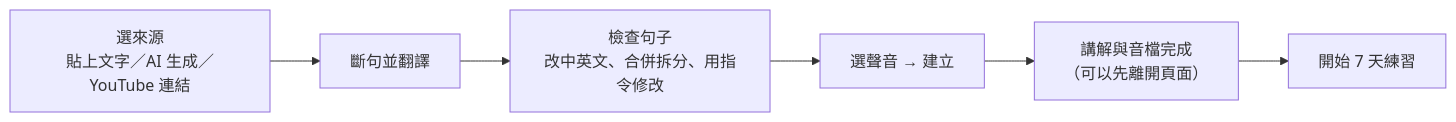
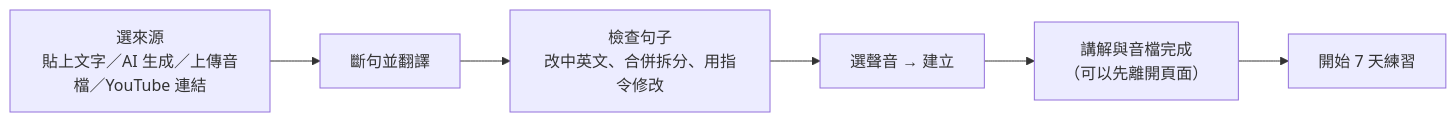
One commit to YA-CIAO-LIANG/listenloop changed the second of 2 diagrams in docs/system/zh-Hant/user.md. Above: the diagram before and after it, drawn with Mermaid. The commit also changed other lines of this file and 64 other files, not shown here.

````diff
--- a/docs/system/zh-Hant/user.md
+++ b/docs/system/zh-Hant/user.md
@@ -160,8 +160,8 @@
 ```mermaid
 flowchart LR
-  A["選來源\n貼上文字／AI 生成／YouTube 連結"] --> B["斷句並翻譯"]
+  A["選來源\n貼上文字／AI 生成／上傳音檔／YouTube 連結"] --> B["斷句並翻譯"]
   B --> C["檢查句子\n改中英文、合併拆分、用指令修改"]
   C --> D["選聲音 → 建立"]
   D --> E["講解與音檔完成\n（可以先離開頁面）"]
   E --> F["開始 7 天練習"]
 ```
````
